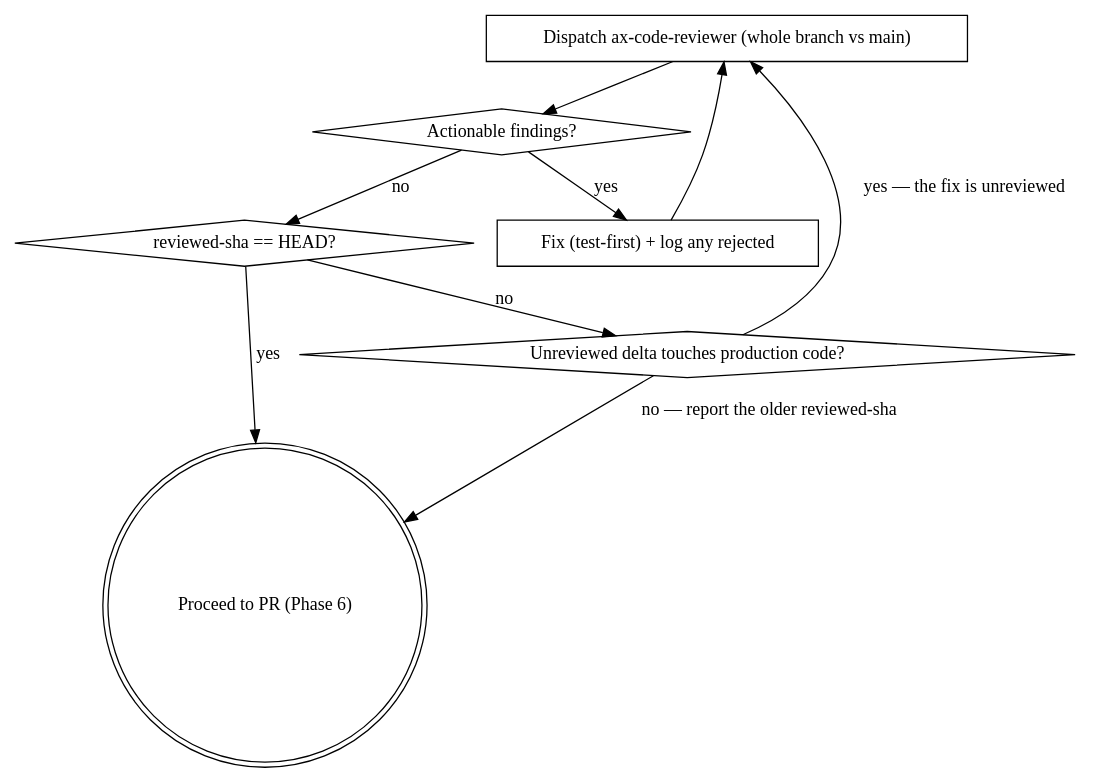
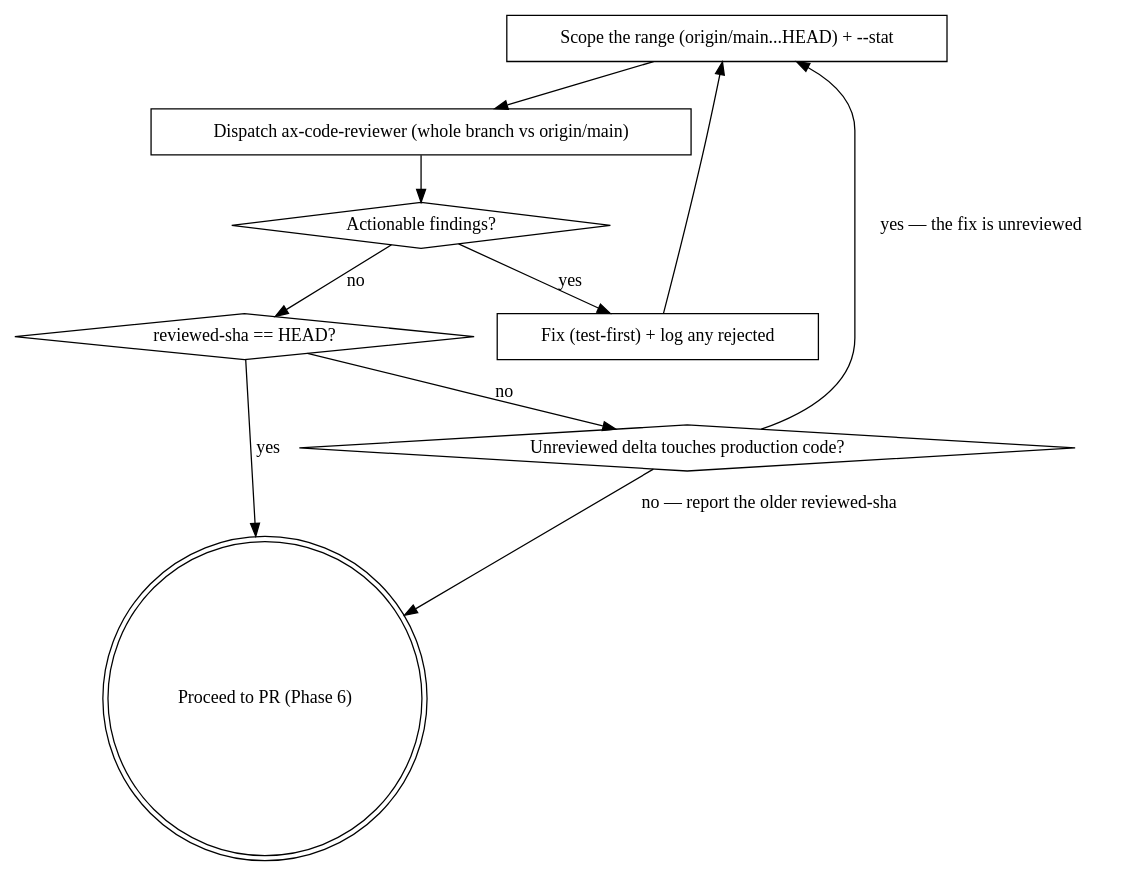
The first of 2 diagrams in .claude/skills/yolo-ship/SKILL.md (project-ax/ax-next), drawn with Graphviz before and after one commit. The commit also changed other lines of this file and 5 other files, not shown here.

````diff
--- a/.claude/skills/yolo-ship/SKILL.md
+++ b/.claude/skills/yolo-ship/SKILL.md
@@ -135,19 +135,21 @@
 ```dot
 digraph review {
-    "Dispatch ax-code-reviewer (whole branch vs main)" [shape=box];
+    "Scope the range (origin/main...HEAD) + --stat" [shape=box];
+    "Dispatch ax-code-reviewer (whole branch vs origin/main)" [shape=box];
     "Actionable findings?" [shape=diamond];
     "Fix (test-first) + log any rejected" [shape=box];
     "reviewed-sha == HEAD?" [shape=diamond];
     "Unreviewed delta touches production code?" [shape=diamond];
     "Proceed to PR (Phase 6)" [shape=doublecircle];
 
-    "Dispatch ax-code-reviewer (whole branch vs main)" -> "Actionable findings?";
+    "Scope the range (origin/main...HEAD) + --stat" -> "Dispatch ax-code-reviewer (whole branch vs origin/main)";
+    "Dispatch ax-code-reviewer (whole branch vs origin/main)" -> "Actionable findings?";
     "Actionable findings?" -> "Fix (test-first) + log any rejected" [label="yes"];
-    "Fix (test-first) + log any rejected" -> "Dispatch ax-code-reviewer (whole branch vs main)";
+    "Fix (test-first) + log any rejected" -> "Scope the range (origin/main...HEAD) + --stat";
     "Actionable findings?" -> "reviewed-sha == HEAD?" [label="no"];
     "reviewed-sha == HEAD?" -> "Proceed to PR (Phase 6)" [label="yes"];
     "reviewed-sha == HEAD?" -> "Unreviewed delta touches production code?" [label="no"];
-    "Unreviewed delta touches production code?" -> "Dispatch ax-code-reviewer (whole branch vs main)" [label="yes — the fix is unreviewed"];
+    "Unreviewed delta touches production code?" -> "Scope the range (origin/main...HEAD) + --stat" [label="yes — the fix is unreviewed"];
     "Unreviewed delta touches production code?" -> "Proceed to PR (Phase 6)" [label="no — report the older reviewed-sha"];
 }
 ```
````
